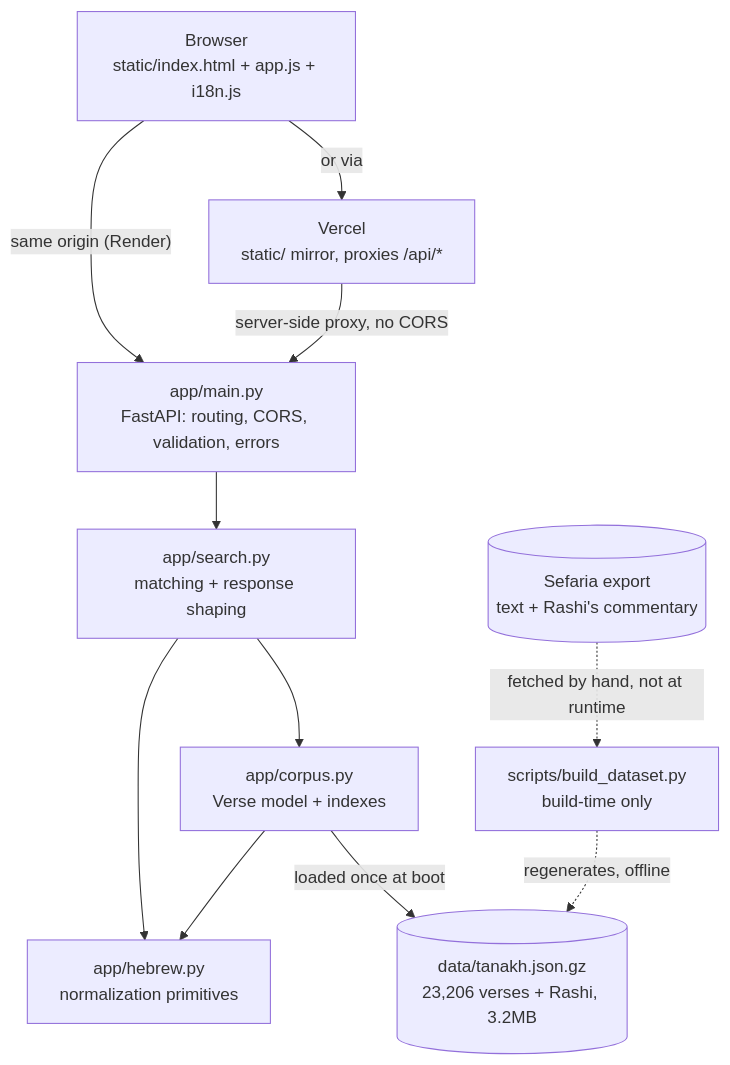
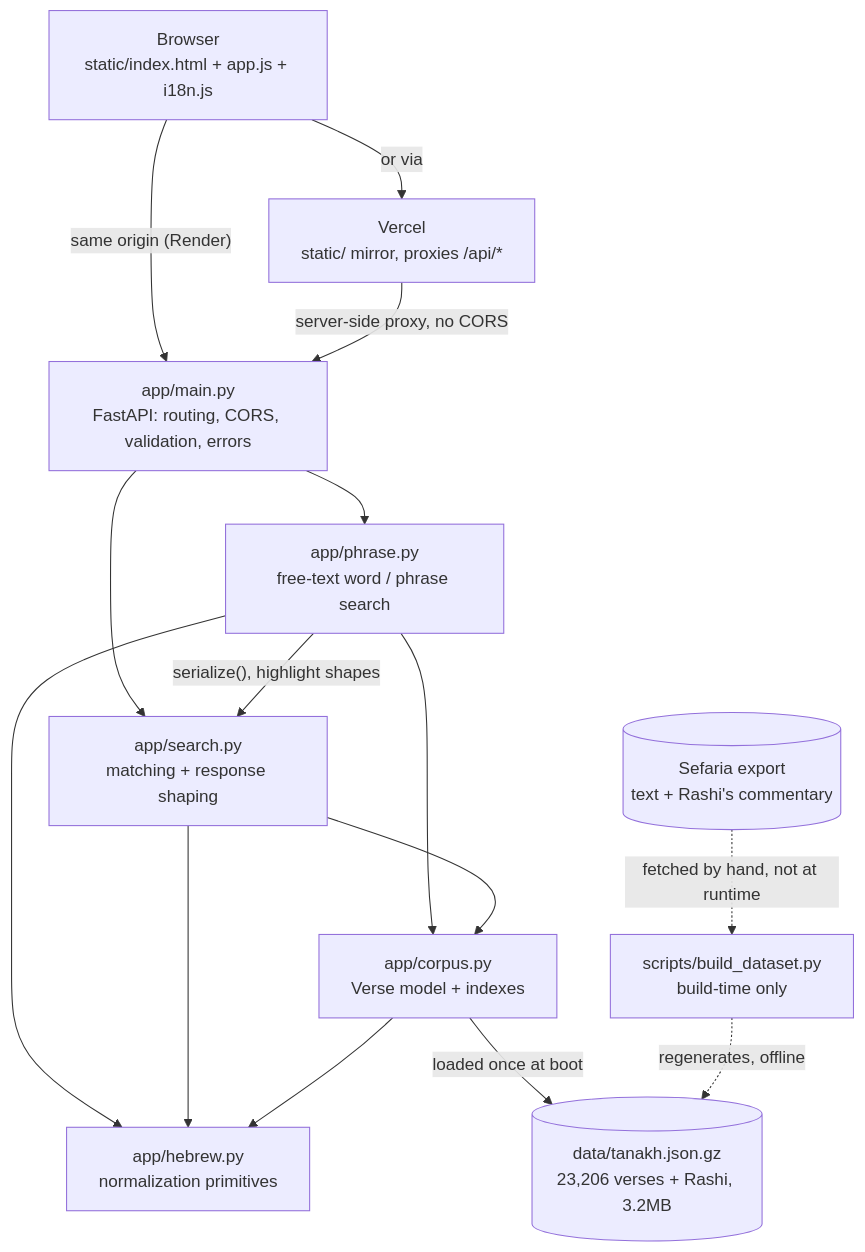
The first of 2 diagrams in docs/HLD.md (joka-7/ot-va-ot), drawn with Mermaid before and after one commit. The commit also changed other lines of this file and 10 other files, not shown here.

First line of the commit message:
feat(search): add free-text word and phrase search (#57)

````diff
--- a/docs/HLD.md
+++ b/docs/HLD.md
@@ -36,23 +38,28 @@
 ```mermaid
 flowchart TD
     Browser["Browser<br/>static/index.html + app.js + i18n.js"]
     Vercel["Vercel<br/>static/ mirror, proxies /api/*"]
     Main["app/main.py<br/>FastAPI: routing, CORS, validation, errors"]
     Search["app/search.py<br/>matching + response shaping"]
+    Phrase["app/phrase.py<br/>free-text word / phrase search"]
     Corpus["app/corpus.py<br/>Verse model + indexes"]
     Hebrew["app/hebrew.py<br/>normalization primitives"]
     Data[("data/tanakh.json.gz<br/>23,206 verses + Rashi, 3.2MB")]
     Build["scripts/build_dataset.py<br/>build-time only"]
     Sefaria[("Sefaria export<br/>text + Rashi's commentary")]
 
     Browser -->|"same origin (Render)"| Main
     Browser -->|"or via"| Vercel
     Vercel -->|"server-side proxy, no CORS"| Main
     Main --> Search
+    Main --> Phrase
+    Phrase -->|"serialize(), highlight shapes"| Search
+    Phrase --> Corpus
+    Phrase --> Hebrew
     Search --> Corpus
     Search --> Hebrew
     Corpus --> Hebrew
     Corpus -->|"loaded once at boot"| Data
     Build -.->|"regenerates, offline"| Data
     Sefaria -.->|"fetched by hand, not at runtime"| Build
 ```
````
